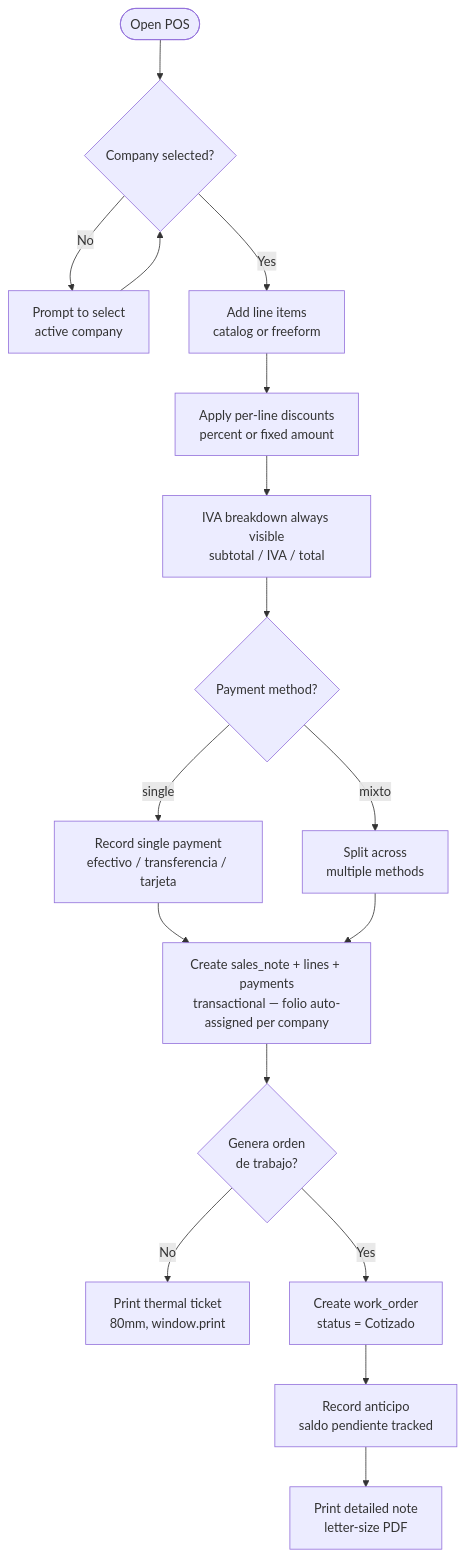
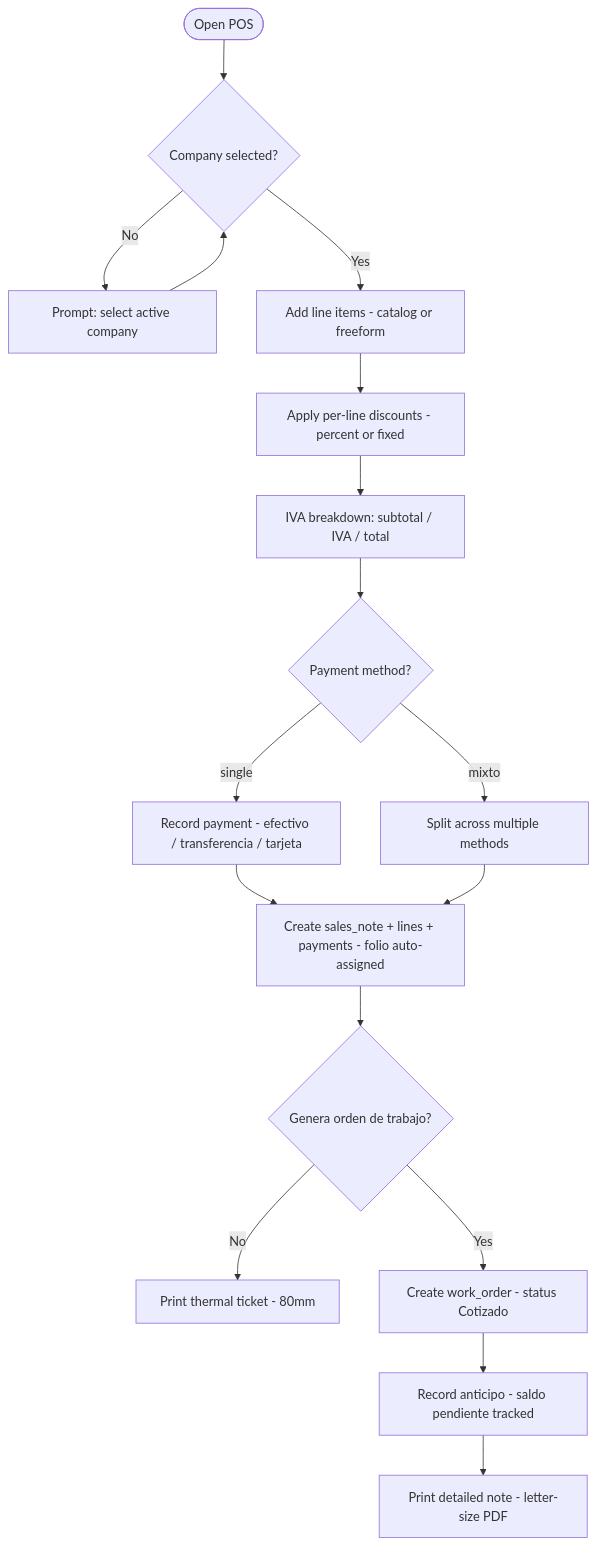
Before and after one commit to pedro412/prosesa-os: the third of 5 diagrams in docs/architecture.md, drawn with Mermaid. The commit also changed other lines of this file, not shown here.

Commit message:
fix architecture diagram

````diff
--- a/docs/architecture.md
+++ b/docs/architecture.md
@@ -84,20 +80,20 @@
 ```mermaid
 flowchart TD
     A([Open POS]) --> B{Company selected?}
-    B -- No --> C[Prompt to select\nactive company]
+    B -- No --> C[Prompt: select active company]
     C --> B
-    B -- Yes --> D[Add line items\ncatalog or freeform]
-    D --> E[Apply per-line discounts\npercent or fixed amount]
-    E --> F[IVA breakdown always visible\nsubtotal / IVA / total]
+    B -- Yes --> D[Add line items - catalog or freeform]
+    D --> E[Apply per-line discounts - percent or fixed]
+    E --> F[IVA breakdown: subtotal / IVA / total]
     F --> G{Payment method?}
-    G -- single --> H[Record single payment\nefectivo / transferencia / tarjeta]
-    G -- mixto --> I[Split across\nmultiple methods]
+    G -- single --> H[Record payment - efectivo / transferencia / tarjeta]
+    G -- mixto --> I[Split across multiple methods]
     H --> J
     I --> J
-    J[Create sales_note + lines + payments\ntransactional — folio auto-assigned per company]
-    J --> K{Genera orden\nde trabajo?}
-    K -- No --> L[Print thermal ticket\n80mm, window.print]
-    K -- Yes --> M[Create work_order\nstatus = Cotizado]
-    M --> N[Record anticipo\nsaldo pendiente tracked]
-    N --> O[Print detailed note\nletter-size PDF]
+    J[Create sales_note + lines + payments - folio auto-assigned]
+    J --> K{Genera orden de trabajo?}
+    K -- No --> L[Print thermal ticket - 80mm]
+    K -- Yes --> M[Create work_order - status Cotizado]
+    M --> N[Record anticipo - saldo pendiente tracked]
+    N --> O[Print detailed note - letter-size PDF]
 ```
````
